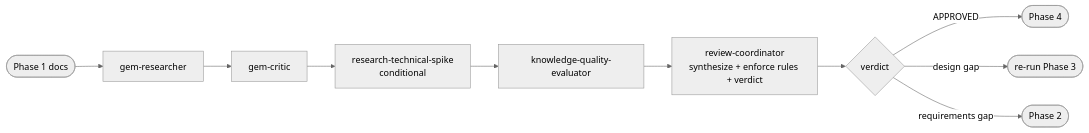
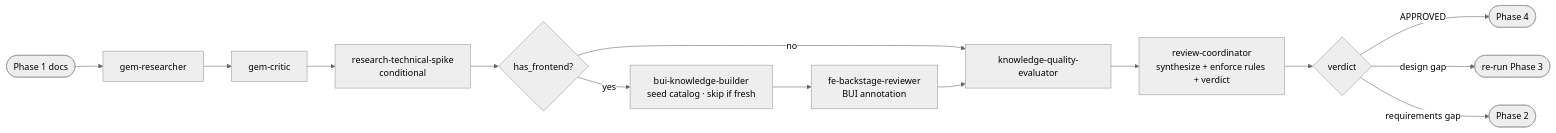
Before and after one commit to MrKimBao/dev-lifecycle-agents: the diagram in ai-workspace/dev-lifecycle/phase-3-design-review.md, drawn with Mermaid (neutral theme). The commit also changed other lines of this file and 17 other files, not shown here.

````diff
--- a/ai-workspace/dev-lifecycle/phase-3-design-review.md
+++ b/ai-workspace/dev-lifecycle/phase-3-design-review.md
@@ -20,14 +34,19 @@
 ```mermaid
 flowchart LR
     IN([Phase 1 docs]) --> A1
     A1[gem-researcher] --> A2
     A2[gem-critic] --> A3
     A3[research-technical-spike\nconditional] --> A4
-    A4[knowledge-quality-evaluator] --> RC
+    A4{has_frontend?}
+    A4 -->|yes| A4a[bui-knowledge-builder\nseed catalog · skip if fresh]
+    A4 -->|no| A5
+    A4a --> A4b[fe-backstage-reviewer\nBUI annotation]
+    A4b --> A5
+    A5[knowledge-quality-evaluator] --> RC
     RC[review-coordinator\nsynthesize + enforce rules + verdict] --> OUT
 
     OUT{verdict}
     OUT -->|APPROVED| NEXT([Phase 4])
     OUT -->|design gap| SELF([re-run Phase 3])
     OUT -->|requirements gap| BACK([Phase 2])
 ```
````
